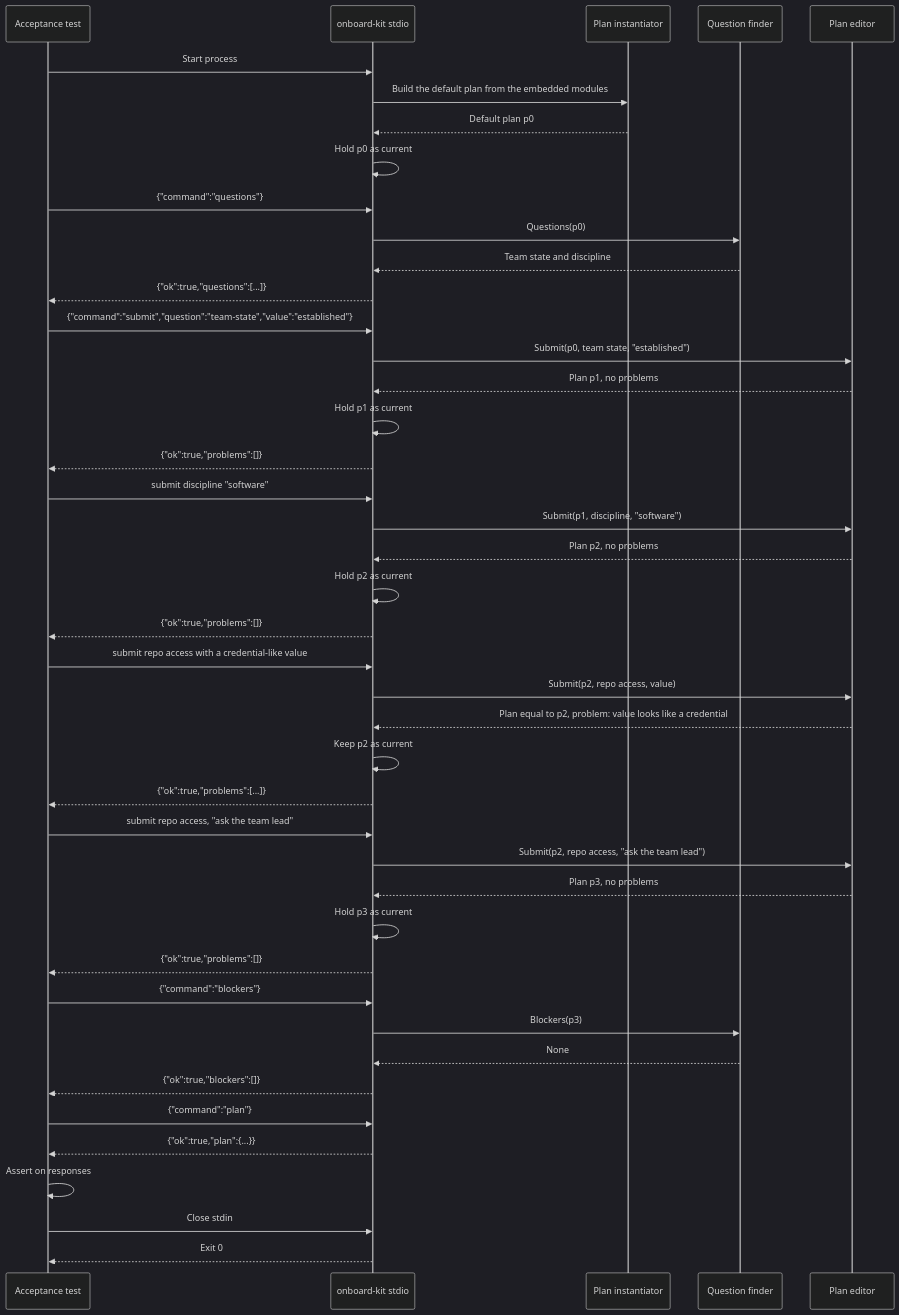
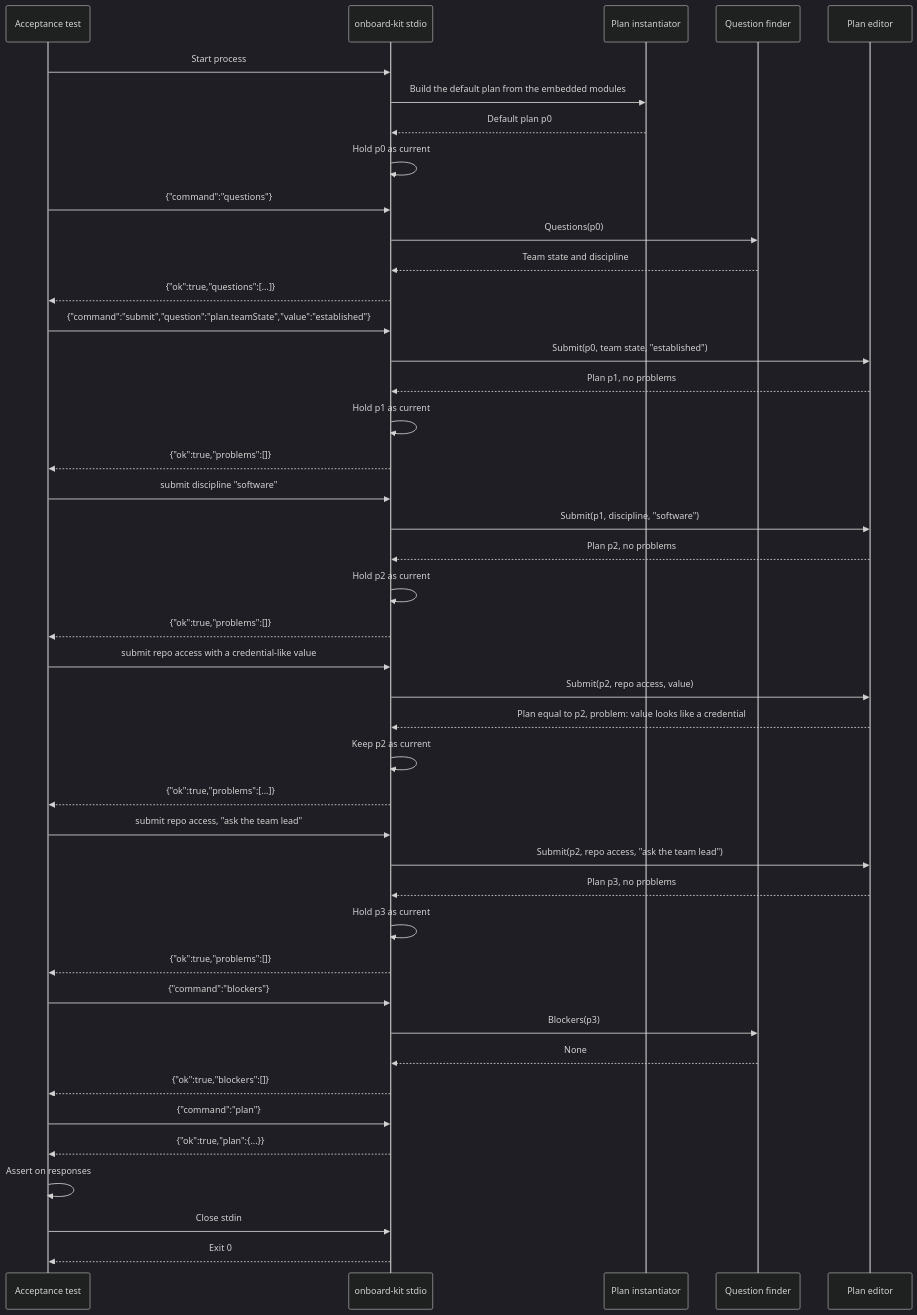
One commit to 8thlight-daveloper/onboard-kit changed the second of 4 diagrams in docs/decisions/0010-plan-editor.md. Above: the diagram before and after it, drawn with Mermaid (dark theme). The commit also changed other lines of this file and 10 other files, not shown here.

````diff
--- a/docs/decisions/0010-plan-editor.md
+++ b/docs/decisions/0010-plan-editor.md
@@ -205,51 +212,51 @@
 ```mermaid
 sequenceDiagram
     participant A as Acceptance test
     participant P as onboard-kit stdio
     participant I as Plan instantiator
     participant F as Question finder
     participant E as Plan editor
 
     A->>P: Start process
     P->>I: Build the default plan from the embedded modules
     I-->>P: Default plan p0
     P->>P: Hold p0 as current
 
     A->>P: {"command":"questions"}
     P->>F: Questions(p0)
     F-->>P: Team state and discipline
     P-->>A: {"ok":true,"questions":[...]}
-    A->>P: {"command":"submit","question":"team-state","value":"established"}
+    A->>P: {"command":"submit","question":"plan.teamState","value":"established"}
     P->>E: Submit(p0, team state, "established")
     E-->>P: Plan p1, no problems
     P->>P: Hold p1 as current
     P-->>A: {"ok":true,"problems":[]}
 
     A->>P: submit discipline "software"
     P->>E: Submit(p1, discipline, "software")
     E-->>P: Plan p2, no problems
     P->>P: Hold p2 as current
     P-->>A: {"ok":true,"problems":[]}
 
     A->>P: submit repo access with a credential-like value
     P->>E: Submit(p2, repo access, value)
     E-->>P: Plan equal to p2, problem: value looks like a credential
     P->>P: Keep p2 as current
     P-->>A: {"ok":true,"problems":[...]}
 
     A->>P: submit repo access, "ask the team lead"
     P->>E: Submit(p2, repo access, "ask the team lead")
     E-->>P: Plan p3, no problems
     P->>P: Hold p3 as current
     P-->>A: {"ok":true,"problems":[]}
 
     A->>P: {"command":"blockers"}
     P->>F: Blockers(p3)
     F-->>P: None
     P-->>A: {"ok":true,"blockers":[]}
     A->>P: {"command":"plan"}
     P-->>A: {"ok":true,"plan":{...}}
     A->>A: Assert on responses
     A->>P: Close stdin
     P-->>A: Exit 0
 ```
````
